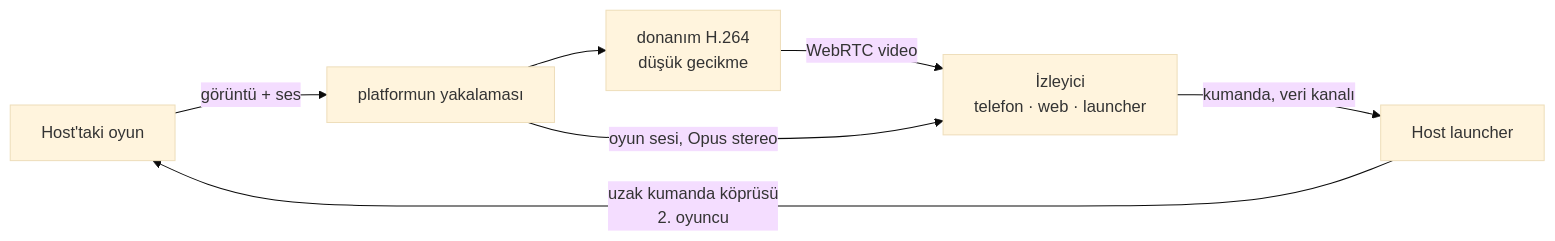
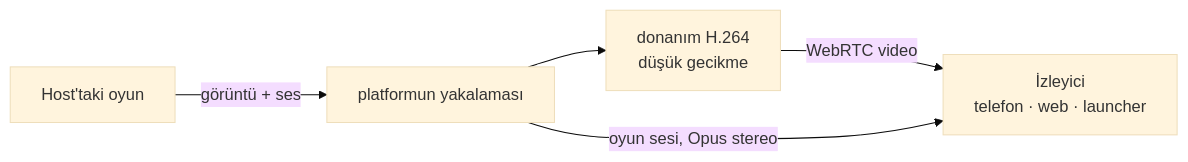
The diagram in docs/tr/06-anlik-ses-birlikte-oynama.md (AnyTogether/AnyPS5-ARM), drawn with Mermaid (base theme) before and after one commit. The commit also changed other lines of this file and 11 other files, not shown here.

````diff
--- a/docs/tr/06-anlik-ses-birlikte-oynama.md
+++ b/docs/tr/06-anlik-ses-birlikte-oynama.md
@@ -77,9 +88,7 @@
 ```mermaid
 flowchart LR
     G[Host'taki oyun] -->|görüntü + ses| C[platformun yakalaması]
     C --> E[donanım H.264<br/>düşük gecikme]
     E -->|WebRTC video| V[İzleyici<br/>telefon · web · launcher]
     C -->|oyun sesi, Opus stereo| V
-    V -->|kumanda, veri kanalı| H[Host launcher]
-    H -->|uzak kumanda köprüsü<br/>2. oyuncu| G
 ```
````
